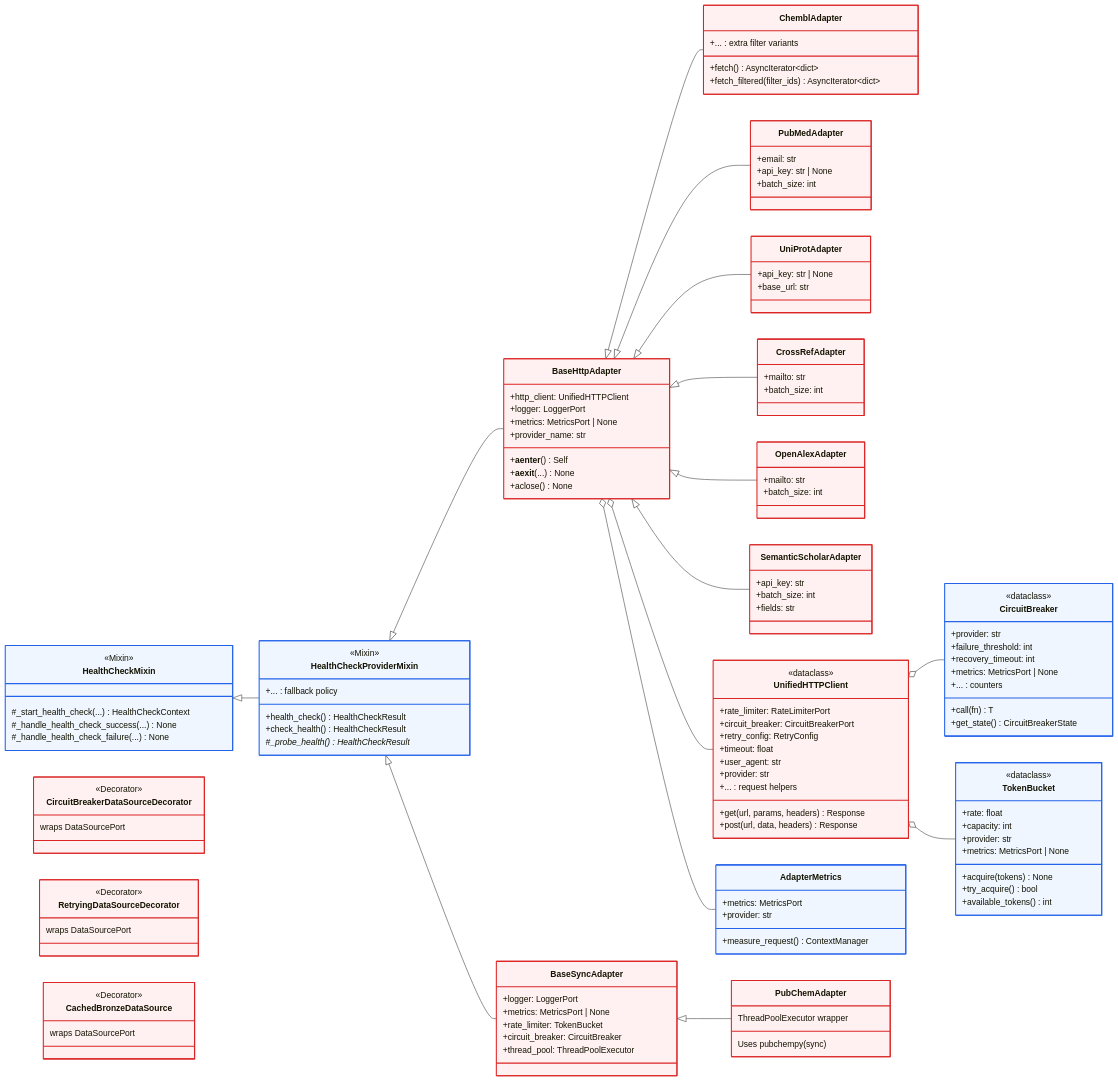
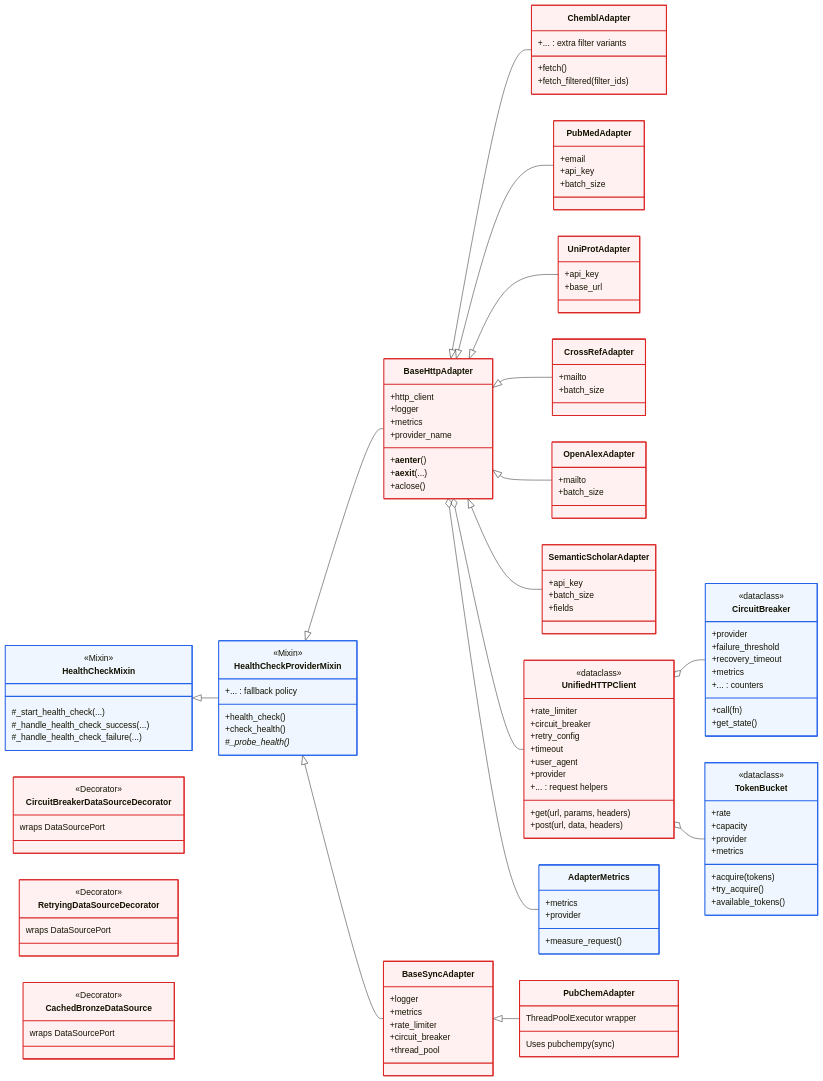
The diagram in docs/02-architecture/mmd-diagrams/class-diagrams/10-adapters.mmd (SatoryKono/BioactivityDataAcquisition), drawn with Mermaid before and after one commit. The commit also changed 33 other files, not shown here.

```diff
--- a/docs/02-architecture/mmd-diagrams/class-diagrams/10-adapters.mmd
+++ b/docs/02-architecture/mmd-diagrams/class-diagrams/10-adapters.mmd
@@ -22,96 +22,96 @@
     direction LR
     class HealthCheckMixin {
         <<Mixin>>
-        #_start_health_check(...) HealthCheckContext
-        #_handle_health_check_success(...) None
-        #_handle_health_check_failure(...) None
+        #_start_health_check(...)
+        #_handle_health_check_success(...)
+        #_handle_health_check_failure(...)
         
         
     }
 
     class HealthCheckProviderMixin {
         <<Mixin>>
-        +health_check() HealthCheckResult
-        +check_health() HealthCheckResult
-        #_probe_health()* HealthCheckResult
+        +health_check()
+        +check_health()
+        #_probe_health()*
         +... : fallback policy
     }
 
     class BaseHttpAdapter {
-        +http_client: UnifiedHTTPClient
-        +logger: LoggerPort
-        +metrics: MetricsPort | None
-        +provider_name: str
-        +__aenter__() Self
-        +__aexit__(...) None
-        +aclose() None
+        +http_client
+        +logger
+        +metrics
+        +provider_name
+        +__aenter__()
+        +__aexit__(...)
+        +aclose()
 
     }
 
     class BaseSyncAdapter {
-        +logger: LoggerPort
-        +metrics: MetricsPort | None
-        +rate_limiter: TokenBucket
-        +circuit_breaker: CircuitBreaker
-        +thread_pool: ThreadPoolExecutor
+        +logger
+        +metrics
+        +rate_limiter
+        +circuit_breaker
+        +thread_pool
 
     }
 
     class UnifiedHTTPClient {
         <<dataclass>>
-        +rate_limiter: RateLimiterPort
-        +circuit_breaker: CircuitBreakerPort
-        +retry_config: RetryConfig
-        +timeout: float
-        +user_agent: str
-        +provider: str
-        +get(url, params, headers) Response
-        +post(url, data, headers) Response
+        +rate_limiter
+        +circuit_breaker
+        +retry_config
+        +timeout
+        +user_agent
+        +provider
+        +get(url, params, headers)
+        +post(url, data, headers)
         +... : request helpers
     }
 
     class ChemblAdapter {
-        +fetch() AsyncIterator~dict~
-        +fetch_filtered(filter_ids) AsyncIterator~dict~
+        +fetch()
+        +fetch_filtered(filter_ids)
         +... : extra filter variants
     }
 
     class PubMedAdapter {
-        +email: str
-        +api_key: str | None
-        +batch_size: int
+        +email
+        +api_key
+        +batch_size
         
         
     }
 
     class UniProtAdapter {
-        +api_key: str | None
-        +base_url: str
+        +api_key
+        +base_url
         
         
         
     }
 
     class CrossRefAdapter {
-        +mailto: str
-        +batch_size: int
+        +mailto
+        +batch_size
         
         
         
     }
 
     class OpenAlexAdapter {
-        +mailto: str
-        +batch_size: int
+        +mailto
+        +batch_size
         
         
         
     }
 
     class SemanticScholarAdapter {
-        +api_key: str
-        +batch_size: int
-        +fields: str
+        +api_key
+        +batch_size
+        +fields
         
         
     }
@@ -126,31 +126,31 @@
 
     class CircuitBreaker {
         <<dataclass>>
-        +provider: str
-        +failure_threshold: int
-        +recovery_timeout: int
-        +metrics: MetricsPort | None
-        +call(fn) T
-        +get_state() CircuitBreakerState
+        +provider
+        +failure_threshold
+        +recovery_timeout
+        +metrics
+        +call(fn)
+        +get_state()
         +... : counters
     }
 
     class TokenBucket {
         <<dataclass>>
-        +rate: float
-        +capacity: int
-        +provider: str
-        +metrics: MetricsPort | None
-        +acquire(tokens) None
-        +try_acquire() bool
-        +available_tokens() int
+        +rate
+        +capacity
+        +provider
+        +metrics
+        +acquire(tokens)
+        +try_acquire()
+        +available_tokens()
         
     }
 
     class AdapterMetrics {
-        +metrics: MetricsPort
-        +provider: str
-        +measure_request() ContextManager
+        +metrics
+        +provider
+        +measure_request()
         
         
         
```
